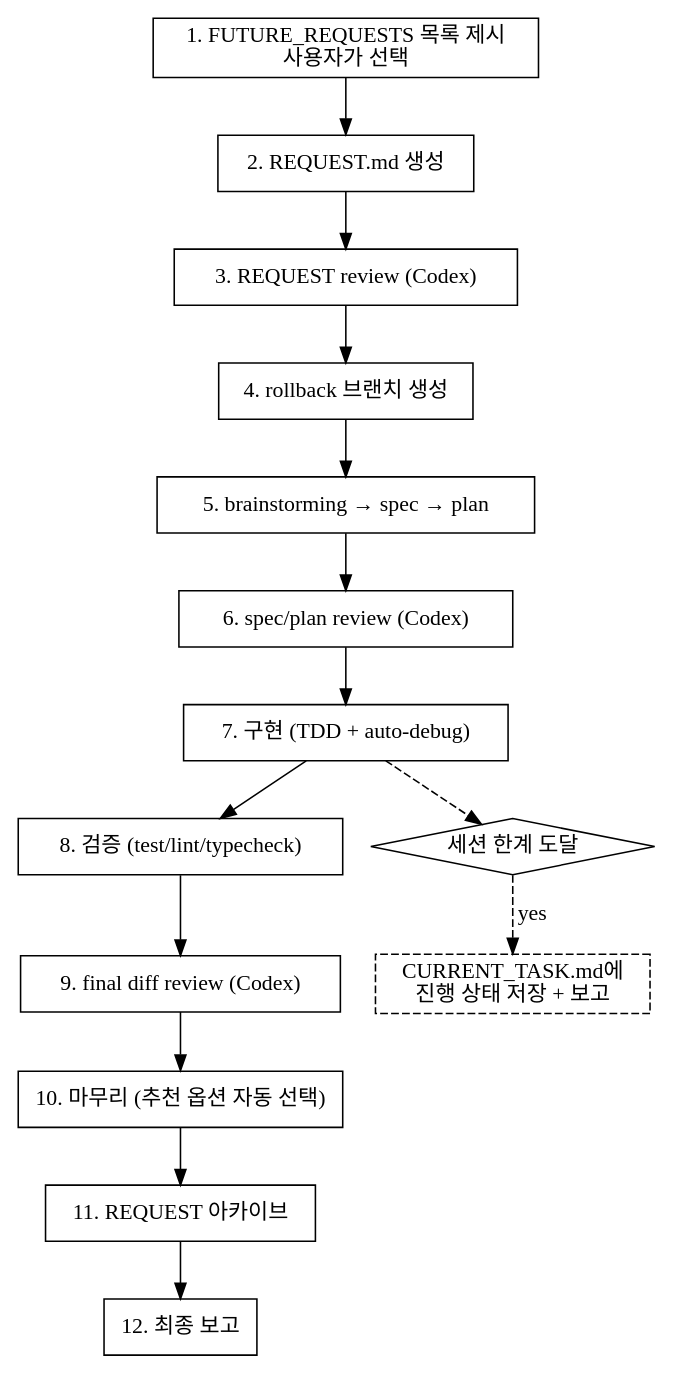
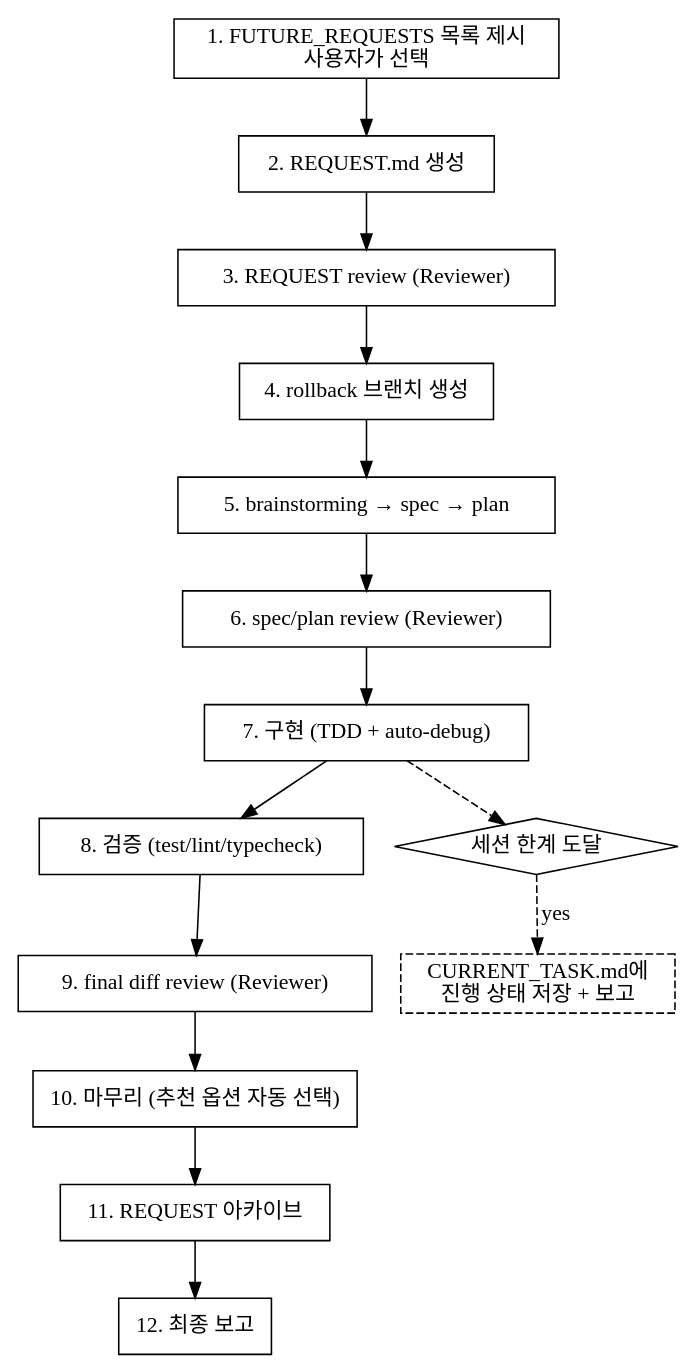
Before and after one commit to JuseongJee/review-driven-ai-workflow: the diagram in ai/claude_skills/autopilot/SKILL.md, drawn with Graphviz. The commit also changed other lines of this file and 17 other files, not shown here.

````diff
--- a/ai/claude_skills/autopilot/SKILL.md
+++ b/ai/claude_skills/autopilot/SKILL.md
@@ -12,28 +12,28 @@
 ```dot
 digraph autopilot {
     rankdir=TB;
     node [shape=box];
 
     select [label="1. FUTURE_REQUESTS 목록 제시\n사용자가 선택"];
     request [label="2. REQUEST.md 생성"];
-    request_review [label="3. REQUEST review (Codex)"];
+    request_review [label="3. REQUEST review (Reviewer)"];
     branch [label="4. rollback 브랜치 생성"];
     design [label="5. brainstorming → spec → plan"];
-    spec_review [label="6. spec/plan review (Codex)"];
+    spec_review [label="6. spec/plan review (Reviewer)"];
     implement [label="7. 구현 (TDD + auto-debug)"];
     verify [label="8. 검증 (test/lint/typecheck)"];
-    diff_review [label="9. final diff review (Codex)"];
+    diff_review [label="9. final diff review (Reviewer)"];
     finish [label="10. 마무리 (추천 옵션 자동 선택)"];
     archive [label="11. REQUEST 아카이브"];
     report [label="12. 최종 보고"];
 
     select -> request -> request_review -> branch -> design -> spec_review;
     spec_review -> implement -> verify -> diff_review -> finish -> archive -> report;
 
     session_limit [label="세션 한계 도달" shape=diamond];
     save_state [label="CURRENT_TASK.md에\n진행 상태 저장 + 보고" shape=box style=dashed];
 
     implement -> session_limit [style=dashed];
     session_limit -> save_state [label="yes" style=dashed];
 }
 ```
````
